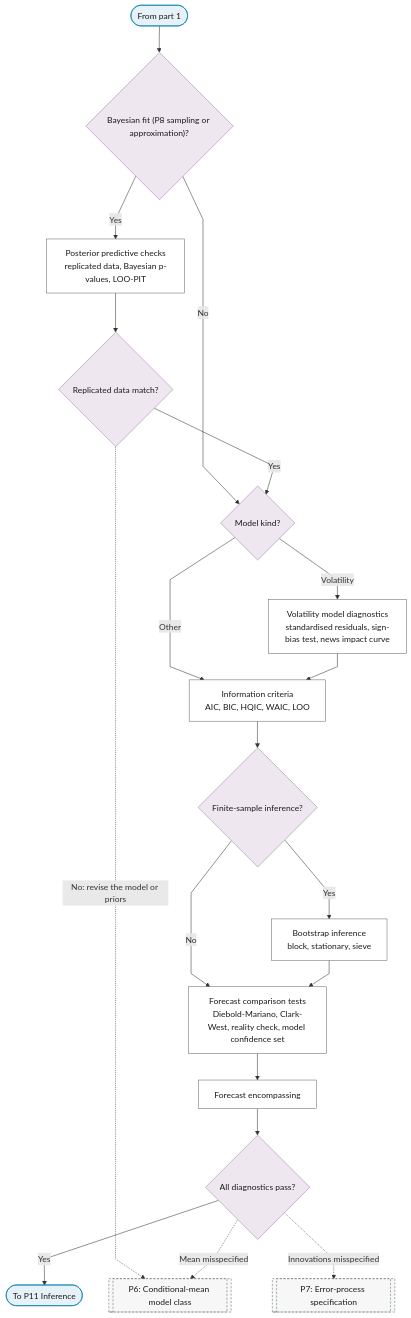
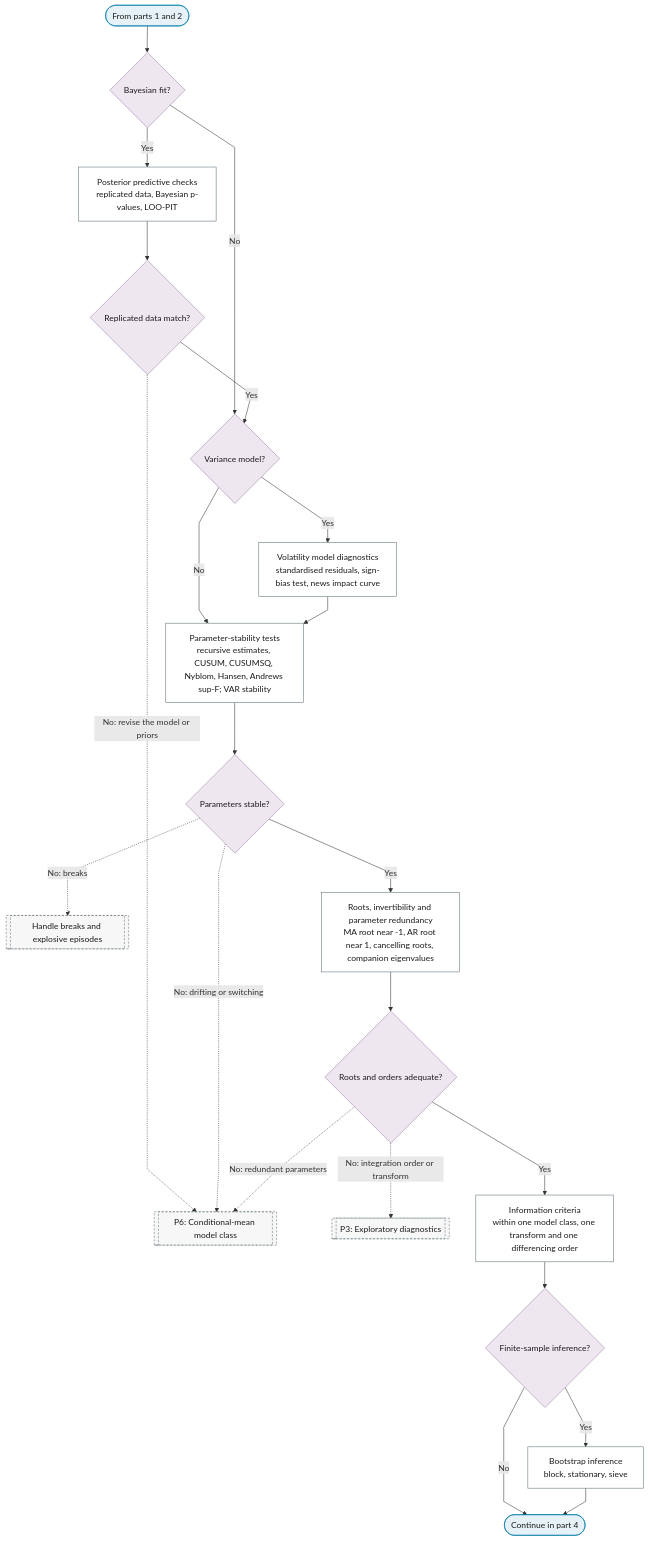
Before and after one commit to Shuxin-Y/time-series-analysis-manual: the third of 4 diagrams in docs/01-workflow/p09-in-sample-diagnostics.md, drawn with Mermaid. The commit also changed other lines of this file and 8 other files, not shown here.

````diff
--- a/docs/01-workflow/p09-in-sample-diagnostics.md
+++ b/docs/01-workflow/p09-in-sample-diagnostics.md
@@ -60,34 +88,37 @@
 ```mermaid
 %%{init: {"flowchart": {"curve": "linear"}}}%%
 graph TD
-    P9_PART_2_IN(["From part 1"]) --> P9_BAYESIAN_Q{"Bayesian fit (P8 sampling or approximation)?"}
+    P9_PART_3_IN(["From parts 1 and 2"]) --> P9_BAYESIAN_Q{"Bayesian fit?"}
     P9_BAYESIAN_Q -->|"Yes"| P9_POSTERIOR_PREDICTIVE["Posterior predictive checks<br/>replicated data, Bayesian p-values, LOO-PIT"]
-    P9_BAYESIAN_Q -->|"No"| P9_MODEL_KIND
+    P9_BAYESIAN_Q -->|"No"| P9_VOLATILITY_Q
     P9_POSTERIOR_PREDICTIVE --> P9_PPC_VERDICT{"Replicated data match?"}
-    P9_PPC_VERDICT -->|"Yes"| P9_MODEL_KIND{"Model kind?"}
+    P9_PPC_VERDICT -->|"Yes"| P9_VOLATILITY_Q{"Variance model?"}
     P9_PPC_VERDICT -.->|"No: revise the model or priors"| P6[["P6: Conditional-mean model class"]]
-    P9_MODEL_KIND -->|"Volatility"| P9_VOLATILITY_DIAGNOSTICS["Volatility model diagnostics<br/>standardised residuals, sign-bias test, news impact curve"]
-    P9_MODEL_KIND -->|"Other"| P9_INFORMATION_CRITERIA
-    P9_VOLATILITY_DIAGNOSTICS --> P9_INFORMATION_CRITERIA["Information criteria<br/>AIC, BIC, HQIC, WAIC, LOO"]
+    P9_VOLATILITY_Q -->|"Yes"| P9_VOLATILITY_DIAGNOSTICS["Volatility model diagnostics<br/>standardised residuals, sign-bias test, news impact curve"]
+    P9_VOLATILITY_Q -->|"No"| P9_STABILITY
+    P9_VOLATILITY_DIAGNOSTICS --> P9_STABILITY["Parameter-stability tests<br/>recursive estimates, CUSUM, CUSUMSQ, Nyblom, Hansen, Andrews sup-F; VAR stability"]
+    P9_STABILITY --> P9_STABLE{"Parameters stable?"}
+    P9_STABLE -.->|"No: breaks"| P4_BREAK_HANDLING[["Handle breaks and explosive episodes"]]
+    P9_STABLE -.->|"No: drifting or switching"| P6
+    P9_STABLE -->|"Yes"| P9_ROOTS["Roots, invertibility and parameter redundancy<br/>MA root near -1, AR root near 1, cancelling roots, companion eigenvalues"]
+    P9_ROOTS --> P9_ROOTS_OK{"Roots and orders adequate?"}
+    P9_ROOTS_OK -.->|"No: integration order or transform"| P3[["P3: Exploratory diagnostics"]]
+    P9_ROOTS_OK -.->|"No: redundant parameters"| P6
+    P9_ROOTS_OK -->|"Yes"| P9_INFORMATION_CRITERIA["Information criteria<br/>within one model class, one transform and one differencing order"]
     P9_INFORMATION_CRITERIA --> P9_INFERENCE_NEEDED{"Finite-sample inference?"}
     P9_INFERENCE_NEEDED -->|"Yes"| P9_BOOTSTRAP["Bootstrap inference<br/>block, stationary, sieve"]
-    P9_INFERENCE_NEEDED -->|"No"| P9_FORECAST_COMPARISON
-    P9_BOOTSTRAP --> P9_FORECAST_COMPARISON["Forecast comparison tests<br/>Diebold-Mariano, Clark-West, reality check, model confidence set"]
-    P9_FORECAST_COMPARISON --> P9_ENCOMPASSING["Forecast encompassing"]
-    P9_ENCOMPASSING --> P9_PASS{"All diagnostics pass?"}
-    P9_PASS -->|"Yes"| P9_OUT(["To P11 Inference"])
-    P9_PASS -.->|"Mean misspecified"| P6[["P6: Conditional-mean model class"]]
-    P9_PASS -.->|"Innovations misspecified"| P7[["P7: Error-process specification"]]
-    class P9_PART_2_IN,P9_OUT terminator
-    class P9_BAYESIAN_Q,P9_PPC_VERDICT,P9_MODEL_KIND,P9_INFERENCE_NEEDED,P9_PASS decision
-    class P9_POSTERIOR_PREDICTIVE,P9_VOLATILITY_DIAGNOSTICS,P9_INFORMATION_CRITERIA,P9_BOOTSTRAP,P9_FORECAST_COMPARISON,P9_ENCOMPASSING process
-    class P6,P7 ref
+    P9_INFERENCE_NEEDED -->|"No"| P9_TO_PART_4
+    P9_BOOTSTRAP --> P9_TO_PART_4(["Continue in part 4"])
+    class P9_PART_3_IN,P9_TO_PART_4 terminator
+    class P9_BAYESIAN_Q,P9_PPC_VERDICT,P9_VOLATILITY_Q,P9_STABLE,P9_ROOTS_OK,P9_INFERENCE_NEEDED decision
+    class P9_POSTERIOR_PREDICTIVE,P9_VOLATILITY_DIAGNOSTICS,P9_STABILITY,P9_ROOTS,P9_INFORMATION_CRITERIA,P9_BOOTSTRAP process
+    class P6,P4_BREAK_HANDLING,P3 ref
     classDef terminator fill:#E6F2F7,stroke:#007BA7,color:#1A1A1A;
     classDef process fill:#FFFFFF,stroke:#5A6B73,color:#1A1A1A;
     classDef decision fill:#EFE7F0,stroke:#9B7FA7,color:#1A1A1A;
     classDef data fill:#FFF4E0,stroke:#C9A55E,color:#1A1A1A;
     classDef good fill:#DCEFD8,stroke:#4A7A3F,color:#1A1A1A;
     classDef escalate fill:#FFE9C2,stroke:#C9A55E,color:#1A1A1A;
     classDef problem fill:#F2D9DE,stroke:#800020,color:#1A1A1A;
     classDef ref fill:#F7F7F7,stroke:#5A6B73,color:#1A1A1A,stroke-dasharray:4 3;
 ```
````
